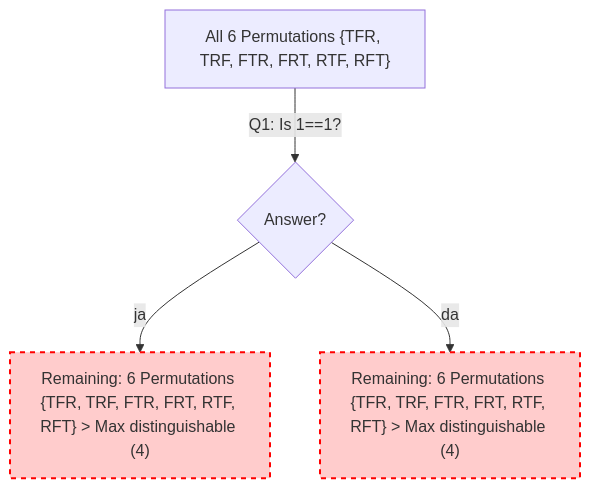
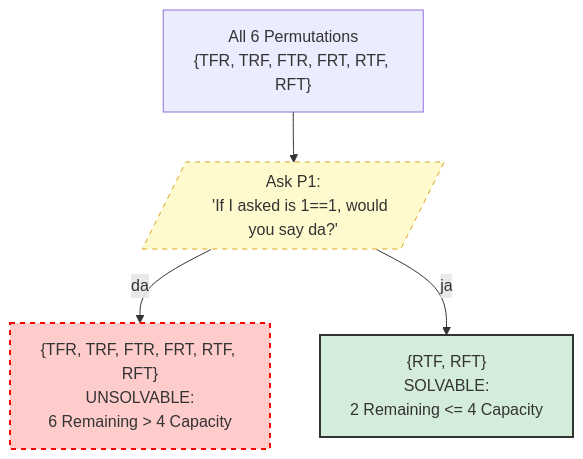
One commit to aduriseti/3gods changed the second of 2 diagrams in index.md. Above: the diagram before and after it, drawn with Mermaid. The commit also changed other lines of this file, not shown here.

```diff
--- a/index.md
+++ b/index.md
@@ -306,11 +395,32 @@
 <pre class="mermaid">
-graph TD
-    Root["All 6 Permutations {TFR, TRF, FTR, FRT, RTF, RFT}"]
-    Root -->|Q1: Is 1==1?| Decision{"Answer?"}
+flowchart TD
+    Root["`All 6 Permutations
+    {TFR, TRF, FTR, FRT, RTF, RFT}`"]
     
-    Decision -->|ja| LeftNode["Remaining: 6 Permutations {TFR, TRF, FTR, FRT, RTF, RFT} &gt; Max distinguishable (4)"]
-    Decision -->|da| RightNode["Remaining: 6 Permutations {TFR, TRF, FTR, FRT, RTF, RFT} &gt; Max distinguishable (4)"]
+    Q1_Act[/"Ask P1:
+    'If I asked is 1==1, would you say da?'"/]
     
+    Root --> Q1_Act
+
+    Q1_Act -->|da| Left["`{TFR, TRF, FTR, FRT, RTF, RFT}
+    UNSOLVABLE:
+    6 Remaining > 4 Capacity`"]
+
+    Q1_Act -->|ja| Right["`{RTF, RFT}
+    SOLVABLE:
+    2 Remaining <= 4 Capacity`"]
+
+    %% --- Styling ---
+    
+    %% 1. Question Node (Yellow/Dashed Parallelogram)
+    classDef question fill:#fffacd,stroke:#daa520,stroke-width:1px,stroke-dasharray: 5 5;
+    class Q1_Act question;
+
+    %% 2. Solvable Node (Green)
+    classDef leaf fill:#d4edda,stroke:#333,stroke-width:2px;
+    class Right leaf;
+
+    %% 3. Unsolvable Node (Red/Error with Dashed Border)
     classDef prune fill:#ffcccc,stroke:#f00,stroke-width:2px,stroke-dasharray: 5, 5;
-    class LeftNode,RightNode prune;
+    class Left prune;
 </pre>
```
